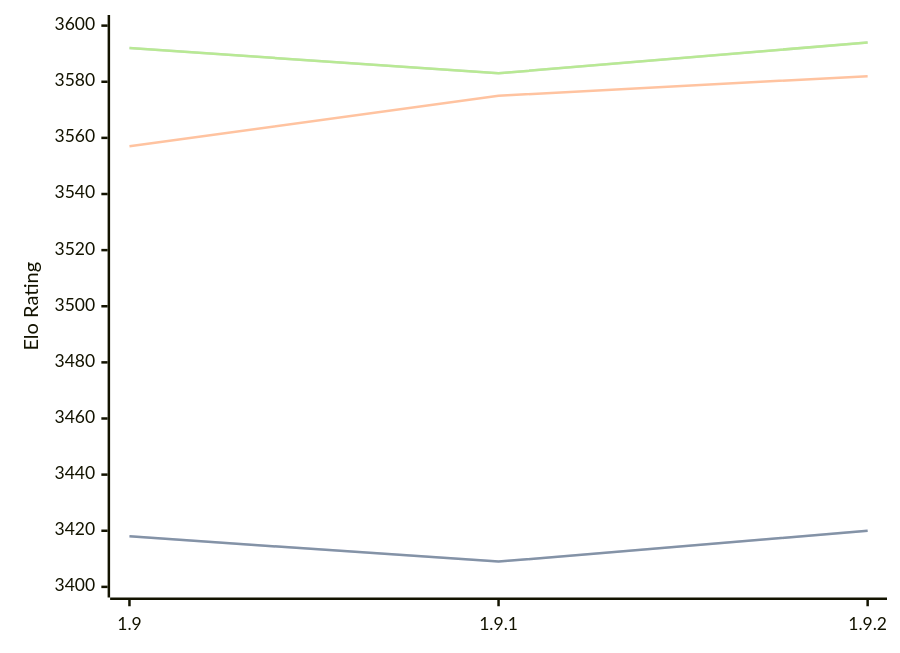
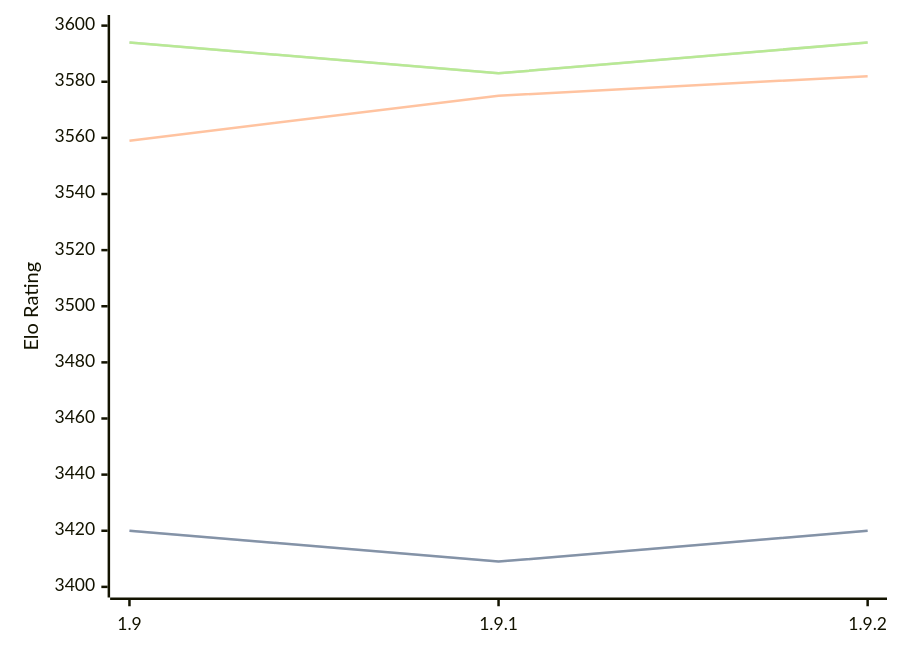
Before and after one commit to computer-chess-index/cci: the diagram in engines/Pawnocchio.md, drawn with Mermaid. The commit also changed other lines of this file, not shown here.

Commit message:
Update CCI Ratings (ELO VLTC) - 2026-05-03

````diff
--- a/engines/Pawnocchio.md
+++ b/engines/Pawnocchio.md
@@ -48,11 +48,11 @@
 ```mermaid
 %%{init: {"theme":"base","themeVariables":{"seriesColors:['#a3a3a3','#222221','#faa371']}}}%%
 xychart-beta
   x-axis ["1.9", "1.9.1", "1.9.2"]
   y-axis "Elo Rating" 3400 --> 3600
-  line "STC (8.0+0.08s)" [3418, 3409, 3420]
-  line "STC (8.0+0.08s)" [3418, 3409, 3420]
-  line "LTC (60.0+0.60s)" [3557, 3575, 3582]
-  line "VLTC (2m24s+1.12s)" [3592, 3583, 3594]
-  line "VLTC (2m24s+1.12s)" [3592, 3583, 3594]
+  line "STC (8.0+0.08s)" [3420, 3409, 3420]
+  line "STC (8.0+0.08s)" [3420, 3409, 3420]
+  line "LTC (60.0+0.60s)" [3559, 3575, 3582]
+  line "VLTC (2m24s+1.12s)" [3594, 3583, 3594]
+  line "VLTC (2m24s+1.12s)" [3594, 3583, 3594]
 ```
````
